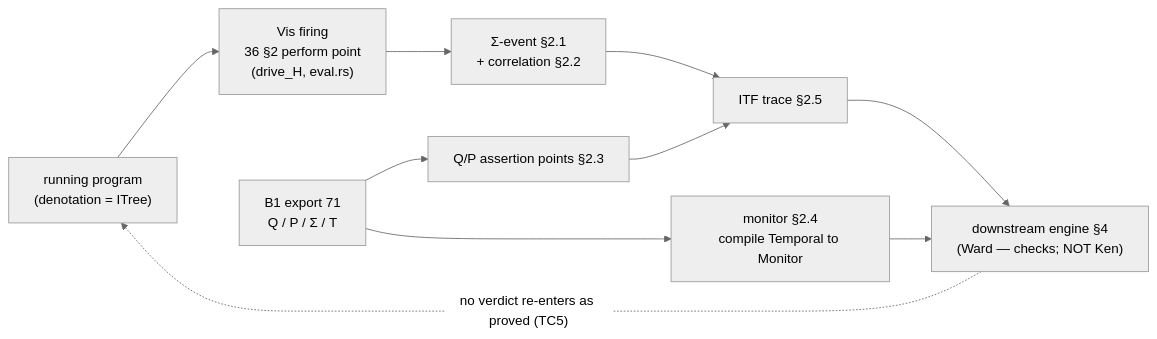
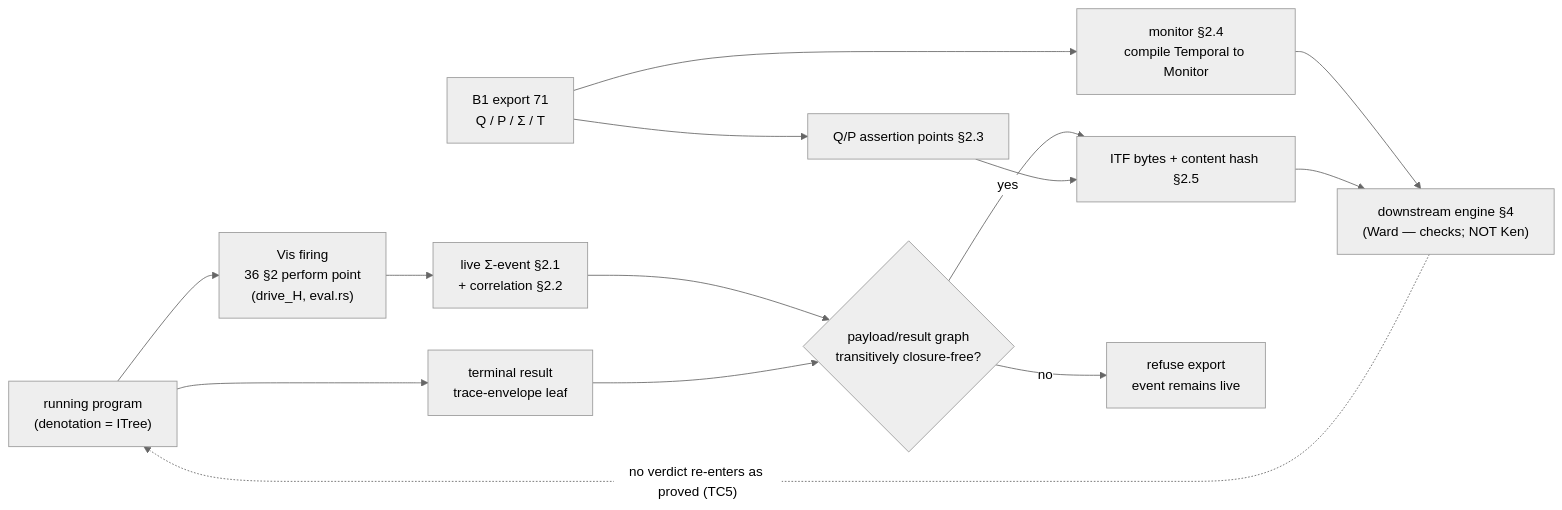
Before and after one commit to ken-topos/ken: the diagram in spec/70-behavioral/73-conformance.md, drawn with Mermaid (neutral theme). The commit also changed other lines of this file and 11 other files, not shown here.

````diff
--- a/spec/70-behavioral/73-conformance.md
+++ b/spec/70-behavioral/73-conformance.md
@@ -332,12 +372,16 @@
 ```mermaid
 flowchart LR
   prog["running program<br/>(denotation = ITree)"] --> perf["Vis firing<br/>36 §2 perform point<br/>(drive_H, eval.rs)"]
-  perf --> evt["Σ-event §2.1<br/>+ correlation §2.2"]
+  perf --> evt["live Σ-event §2.1<br/>+ correlation §2.2"]
+  prog --> term["terminal result<br/>trace-envelope leaf"]
   exp["B1 export 71<br/>Q / P / Σ / T"] --> qp["Q/P assertion points §2.3"]
   exp --> mon["monitor §2.4<br/>compile Temporal to Monitor"]
-  evt --> itf["ITF trace §2.5"]
+  evt --> gate{"payload/result graph<br/>transitively closure-free?"}
+  term --> gate
+  gate -->|yes| itf["ITF bytes + content hash §2.5"]
+  gate -->|no| refuse["refuse export<br/>event remains live"]
   qp --> itf
   mon --> eng["downstream engine §4<br/>(Ward — checks; NOT Ken)"]
   itf --> eng
   eng -. "no verdict re-enters as proved (TC5)" .-> prog
 ```
````
